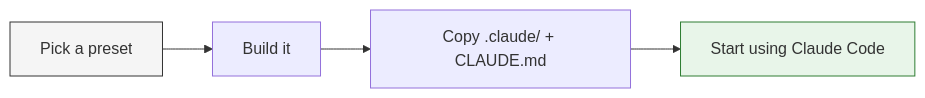
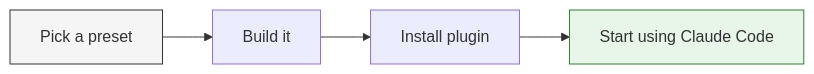
Before and after one commit to cdcoonce/claude-workflow: the first of 4 diagrams in README.md, drawn with Mermaid. The commit also changed other lines of this file and 34 other files, not shown here.

First line of the commit message:
feat(build): convert preset output from .claude/ directories to plugin format

````diff
--- a/README.md
+++ b/README.md
@@ -59,9 +58,9 @@
 ```mermaid
 flowchart LR
     A["Pick a preset"] --> B["Build it"]
-    B --> C["Copy .claude/ + CLAUDE.md"]
+    B --> C["Install plugin"]
     C --> D["Start using Claude Code"]
 
     style A fill:#f5f5f5,stroke:#333
     style D fill:#e8f5e9,stroke:#2e7d32
 ```
````
